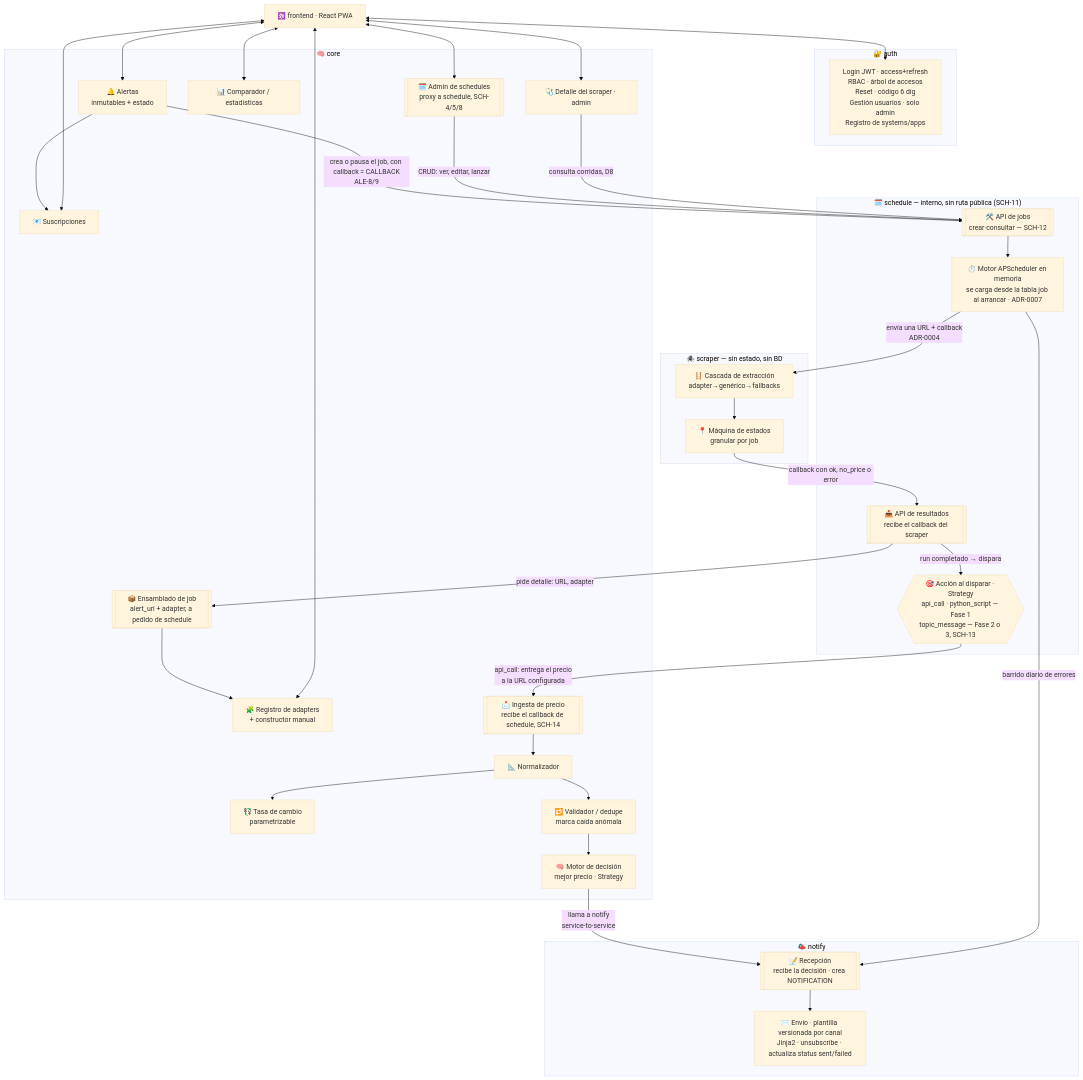
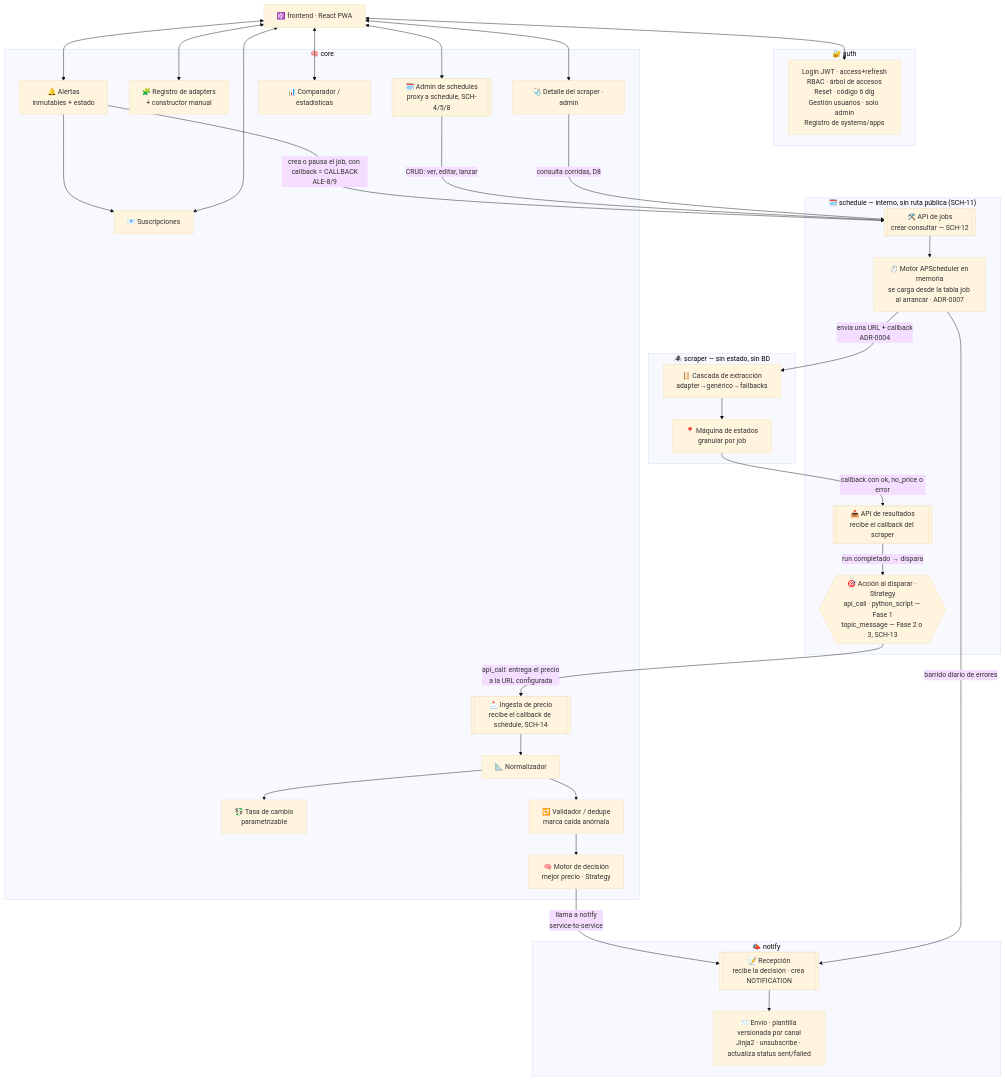
The third of 6 diagrams in docs/architecture/general-architecture.md (vida-I-found-it/architecture), drawn with Mermaid (base theme) before and after one commit. The commit also changed other lines of this file and 6 other files, not shown here.

First line of the commit message:
docs(architecture): 🏗️ send the URLs to schedule when the capture job is created (ADR-0004, CU-03)

````diff
--- a/docs/architecture/general-architecture.md
+++ b/docs/architecture/general-architecture.md
@@ -116,67 +115,64 @@
 ```mermaid
 graph TB
     PWA["⚛️ frontend · React PWA"]
 
     subgraph SVC_AUTH["🔐 auth"]
         AUTH["Login JWT · access+refresh<br/>RBAC · árbol de accesos<br/>Reset · código 6 díg<br/>Gestión usuarios · solo admin<br/>Registro de systems/apps"]
     end
 
     subgraph SVC_CORE["🧠 core"]
         ALERT["🔔 Alertas<br/>inmutables + estado"]
         SUBS["📧 Suscripciones"]
         ADAPT["🧩 Registro de adapters<br/>+ constructor manual"]
         SCHEDPROXY[["🗓️ Admin de schedules<br/>proxy a schedule, SCH-4/5/8"]]
-        JOBBUILD[["📦 Ensamblado de job<br/>alert_url + adapter, a pedido de schedule"]]
         CALLBACK[["📩 Ingesta de precio<br/>recibe el callback de schedule, SCH-14"]]
         NORM["📐 Normalizador"]
         FXP["💱 Tasa de cambio<br/>parametrizable"]
         VALID["🔁 Validador / dedupe<br/>marca caída anómala"]
         DEC["🧠 Motor de decisión<br/>mejor precio · Strategy"]
         STATS["📊 Comparador / estadísticas"]
         HEALTH["🩺 Detalle del scraper · admin"]
 
         ALERT --> SUBS
-        JOBBUILD --> ADAPT
         CALLBACK --> NORM --> FXP
         NORM --> VALID --> DEC
     end
 
     subgraph SVC_SCHED["🗓️ schedule — interno, sin ruta pública (SCH-11)"]
         JOBAPI[["🛠️ API de jobs<br/>crear·consultar — SCH-12"]]
         ENGINE["⏱️ Motor APScheduler en memoria<br/>se carga desde la tabla job al arrancar · ADR-0007"]
         ACTION{{"🎯 Acción al disparar · Strategy<br/>api_call · python_script — Fase 1<br/>topic_message — Fase 2 o 3, SCH-13"}}
         RUNAPI[["📥 API de resultados<br/>recibe el callback del scraper"]]
 
         JOBAPI --> ENGINE
         RUNAPI -->|"run completado → dispara"| ACTION
     end
 
     subgraph SVC_NOTIFY["📣 notify"]
         INTAKE[["📝 Recepción<br/>recibe la decisión · crea NOTIFICATION"]]
         SEND["✉️ Envío · plantilla versionada por canal<br/>Jinja2 · unsubscribe · actualiza status sent/failed"]
         INTAKE --> SEND
     end
 
     subgraph SVC_SCR["🕷️ scraper — sin estado, sin BD"]
         CASC["🪜 Cascada de extracción<br/>adapter→genérico→fallbacks"]
         JOBS["📍 Máquina de estados<br/>granular por job"]
         CASC --> JOBS
     end
 
     PWA <--> AUTH
     PWA <--> ALERT
     PWA <--> SUBS
     PWA <--> SCHEDPROXY
     PWA <--> ADAPT
     PWA <--> STATS
     PWA <--> HEALTH
     ALERT -->|"crea o pausa el job, con callback = CALLBACK<br/>ALE-8/9"| JOBAPI
     SCHEDPROXY -->|"CRUD: ver, editar, lanzar"| JOBAPI
     HEALTH -->|"consulta corridas, D8"| JOBAPI
-    RUNAPI -->|"pide detalle: URL, adapter"| JOBBUILD
     ENGINE -->|"envía una URL + callback<br/>ADR-0004"| CASC
     JOBS -->|"callback con ok, no_price o error"| RUNAPI
     ACTION -->|"api_call: entrega el precio<br/>a la URL configurada"| CALLBACK
     DEC -->|"llama a notify<br/>service-to-service"| INTAKE
     ENGINE -->|"barrido diario de errores"| INTAKE
 ```
````
